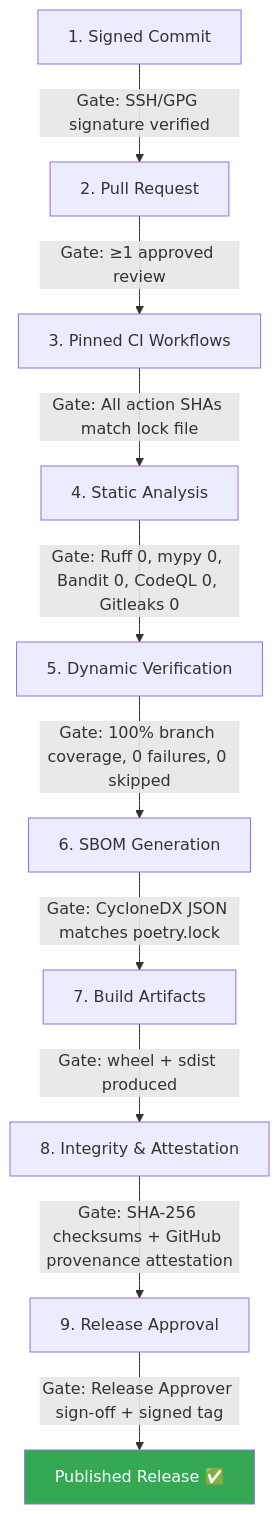
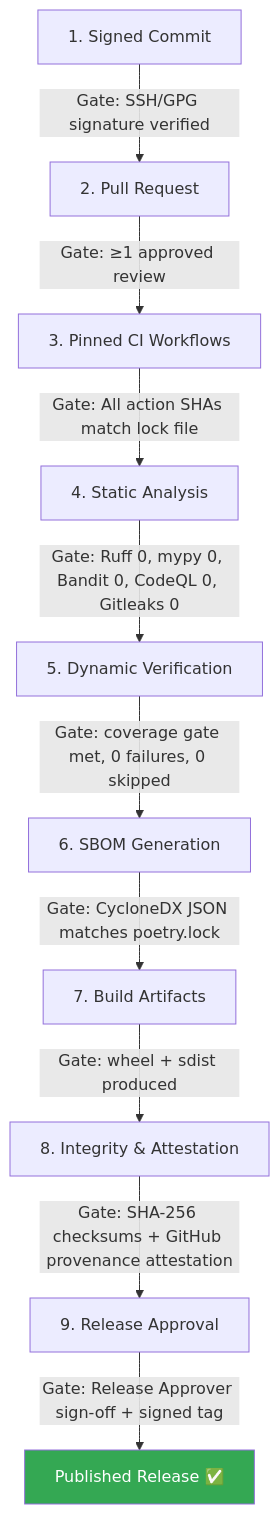
One commit to sebastienrousseau/bankstatementparser changed the diagram in docs/compliance/SECURE_PATH_TO_PRODUCTION.md. Above: the diagram before and after it, drawn with Mermaid. The commit also changed other lines of this file and 51 other files, not shown here.

````diff
--- a/docs/compliance/SECURE_PATH_TO_PRODUCTION.md
+++ b/docs/compliance/SECURE_PATH_TO_PRODUCTION.md
@@ -14,14 +14,14 @@
 ```mermaid
 flowchart TD
     A["1. Signed Commit"] -->|Gate: SSH/GPG signature verified| B["2. Pull Request"]
     B -->|Gate: ≥1 approved review| C["3. Pinned CI Workflows"]
     C -->|Gate: All action SHAs match lock file| D["4. Static Analysis"]
     D -->|Gate: Ruff 0, mypy 0, Bandit 0, CodeQL 0, Gitleaks 0| E["5. Dynamic Verification"]
-    E -->|Gate: 100% branch coverage, 0 failures, 0 skipped| F["6. SBOM Generation"]
+    E -->|Gate: coverage gate met, 0 failures, 0 skipped| F["6. SBOM Generation"]
     F -->|Gate: CycloneDX JSON matches poetry.lock| G["7. Build Artifacts"]
     G -->|Gate: wheel + sdist produced| H["8. Integrity & Attestation"]
     H -->|Gate: SHA-256 checksums + GitHub provenance attestation| I["9. Release Approval"]
     I -->|Gate: Release Approver sign-off + signed tag| J["Published Release ✅"]
 
     style J fill:#34a853,color:#fff
 ```
````
